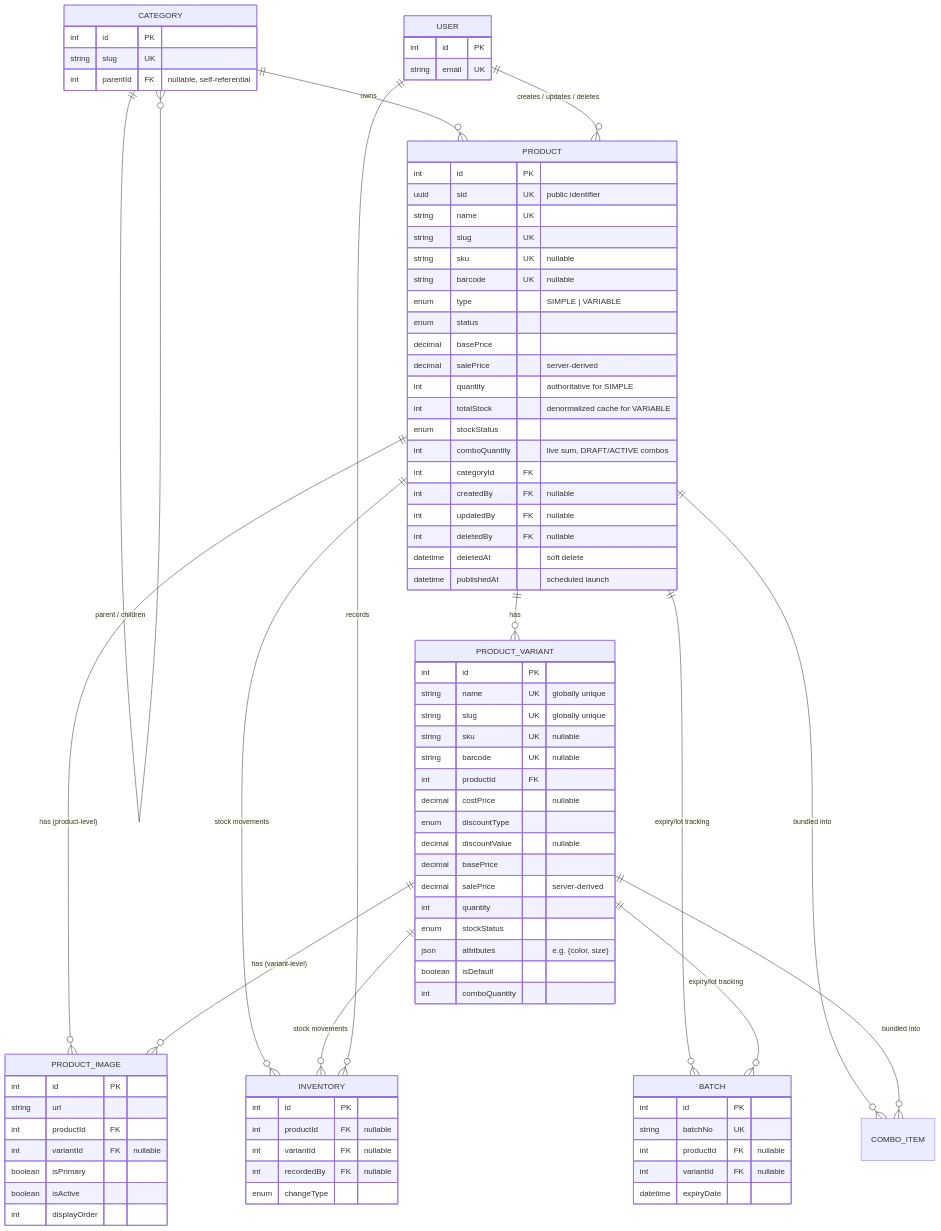
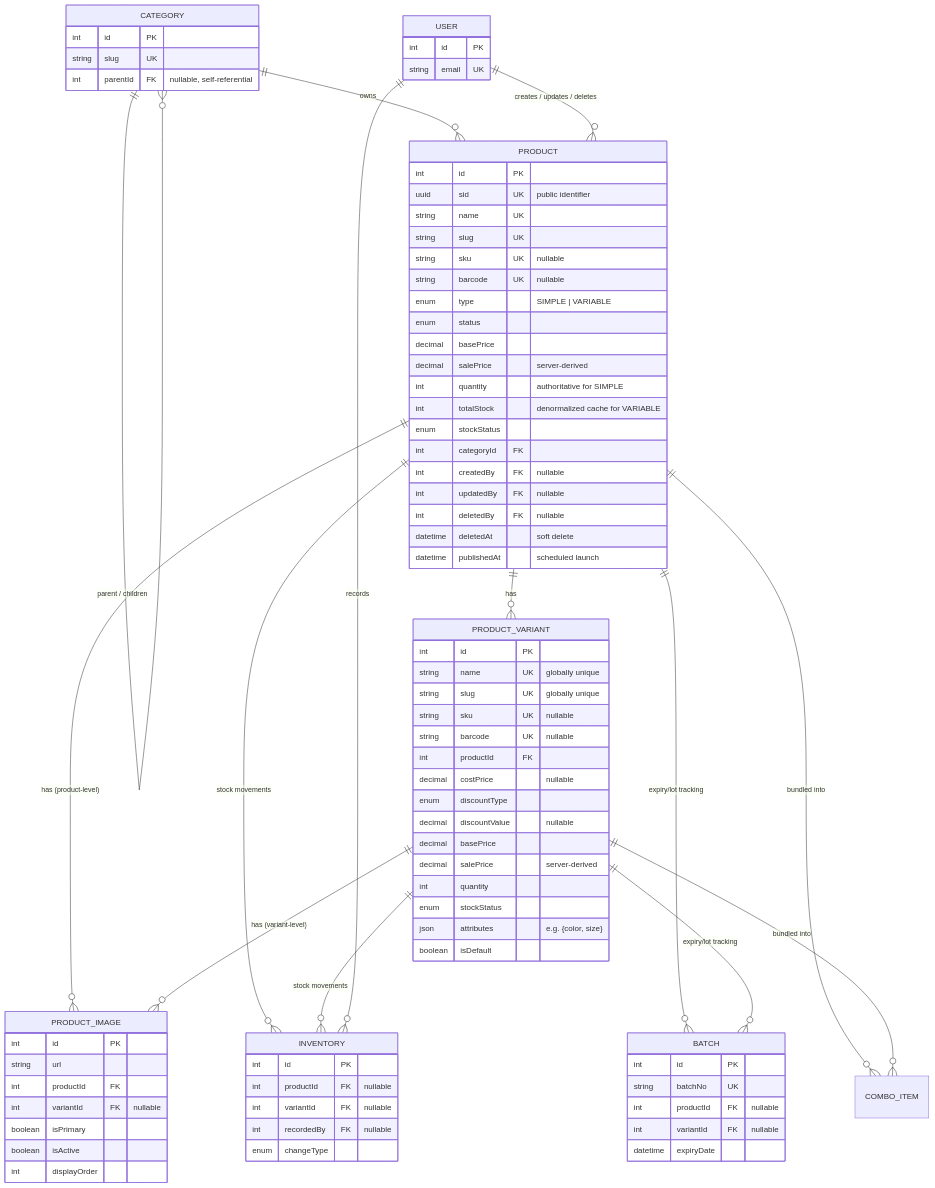
Before and after one commit to QuaziSamiha/thai-health-product-server: the diagram in docs/product.md, drawn with Mermaid. The commit also changed other lines of this file and 46 other files, not shown here.

```diff
--- a/docs/product.md
+++ b/docs/product.md
@@ -43,7 +43,6 @@
         int quantity "authoritative for SIMPLE"
         int totalStock "denormalized cache for VARIABLE"
         enum stockStatus
-        int comboQuantity "live sum, DRAFT/ACTIVE combos"
         int categoryId FK
         int createdBy FK "nullable"
         int updatedBy FK "nullable"
@@ -68,7 +67,6 @@
         enum stockStatus
         json attributes "e.g. {color, size}"
         boolean isDefault
-        int comboQuantity
     }
 
     PRODUCT_IMAGE {
```
